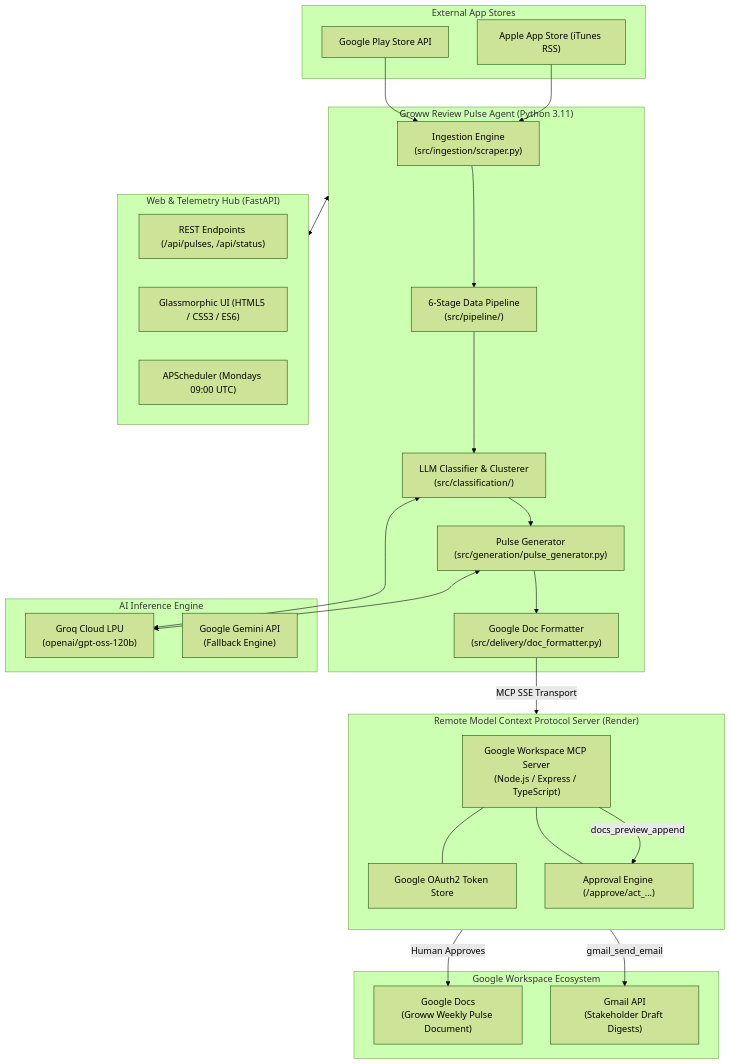
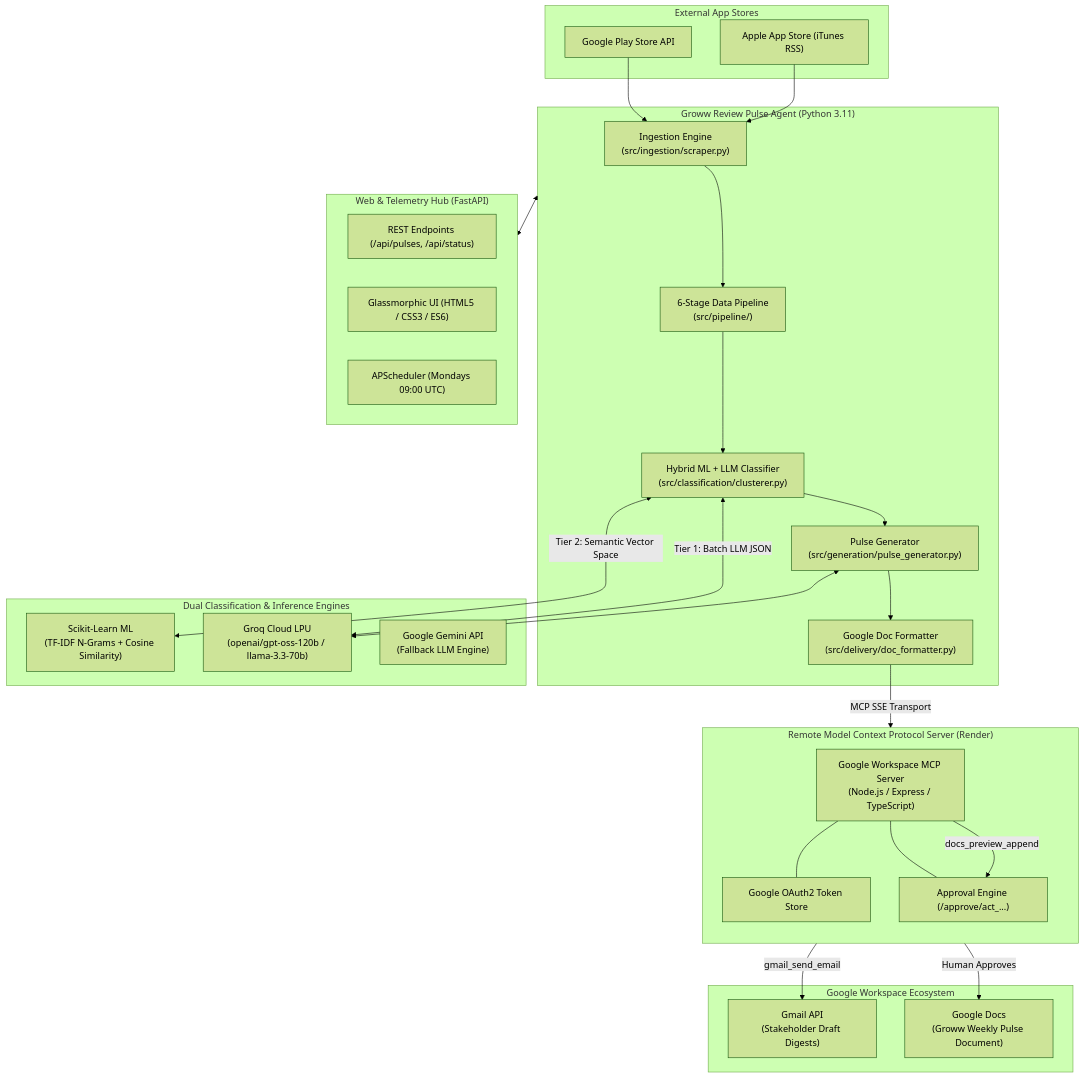
Before and after one commit to Shashikiran-R/groww-pulse-mail-agent: the diagram in README.md, drawn with Mermaid (forest theme). The commit also changed other lines of this file, not shown here.

Commit message:
docs: document hybrid ML and LLM classification architecture in README

````diff
--- a/README.md
+++ b/README.md
@@ -74,58 +80,60 @@
 ```mermaid
 flowchart TD
     subgraph DataSources["External App Stores"]
         GP["Google Play Store API"]
         AS["Apple App Store (iTunes RSS)"]
     end
 
     subgraph CoreAgent["Groww Review Pulse Agent (Python 3.11)"]
         Scraper["Ingestion Engine\n(src/ingestion/scraper.py)"]
         Pipeline["6-Stage Data Pipeline\n(src/pipeline/)"]
-        Classifier["LLM Classifier & Clusterer\n(src/classification/)"]
+        Classifier["Hybrid ML + LLM Classifier\n(src/classification/clusterer.py)"]
         PulseGen["Pulse Generator\n(src/generation/pulse_generator.py)"]
         DocFormatter["Google Doc Formatter\n(src/delivery/doc_formatter.py)"]
         
         Scraper --> Pipeline
         Pipeline --> Classifier
         Classifier --> PulseGen
         PulseGen --> DocFormatter
     end
 
-    subgraph LLM["AI Inference Engine"]
-        Groq["Groq Cloud LPU\n(openai/gpt-oss-120b)"]
-        Gemini["Google Gemini API\n(Fallback Engine)"]
+    subgraph ML_AI["Dual Classification & Inference Engines"]
+        Groq["Groq Cloud LPU\n(openai/gpt-oss-120b / llama-3.3-70b)"]
+        Sklearn["Scikit-Learn ML\n(TF-IDF N-Grams + Cosine Similarity)"]
+        Gemini["Google Gemini API\n(Fallback LLM Engine)"]
     end
 
-    Classifier <--> Groq
+    Classifier <-->|Tier 1: Batch LLM JSON| Groq
+    Classifier <-->|Tier 2: Semantic Vector Space| Sklearn
     PulseGen <--> Groq
 
     GP --> Scraper
     AS --> Scraper
 
     subgraph WebHub["Web & Telemetry Hub (FastAPI)"]
         API["REST Endpoints (/api/pulses, /api/status)"]
         UI["Glassmorphic UI (HTML5 / CSS3 / ES6)"]
         Scheduler["APScheduler (Mondays 09:00 UTC)"]
     end
 
     CoreAgent <--> WebHub
 
     subgraph MCP["Remote Model Context Protocol Server (Render)"]
         direction TB
         MCPServer["Google Workspace MCP Server\n(Node.js / Express / TypeScript)"]
         Auth["Google OAuth2 Token Store"]
         HITL["Approval Engine (/approve/act_...)"]
         MCPServer --- Auth
         MCPServer --- HITL
     end
 
     subgraph GoogleWorkspace["Google Workspace Ecosystem"]
         GDoc["Google Docs\n(Groww Weekly Pulse Document)"]
         GMail["Gmail API\n(Stakeholder Draft Digests)"]
     end
 
     DocFormatter -->|MCP SSE Transport| MCPServer
     MCPServer -->|docs_preview_append| HITL
     HITL -->|Human Approves| GDoc
     MCPServer -->|gmail_send_email| GMail
 ```
````
